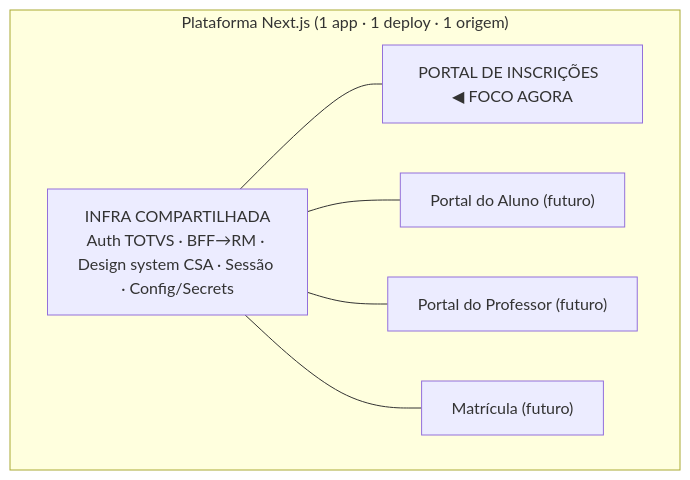
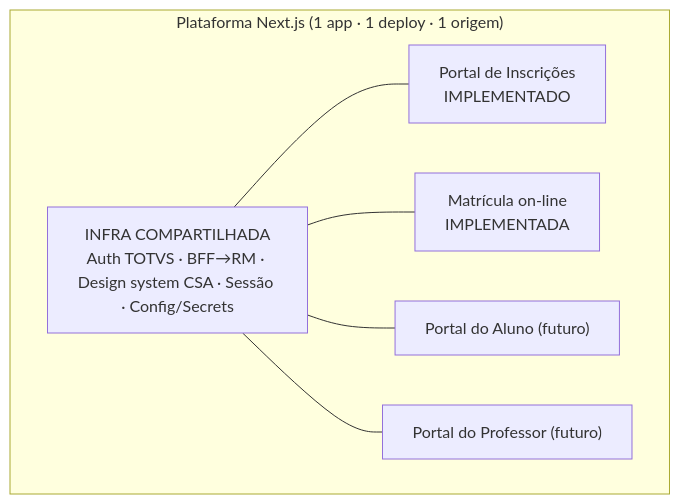
The first of 2 diagrams in docs/arquitetura_nextjs_rm.md (DI-CSA/admission-enrollment), drawn with Mermaid before and after one commit. The commit also changed other lines of this file and 25 other files, not shown here.

````diff
--- a/docs/arquitetura_nextjs_rm.md
+++ b/docs/arquitetura_nextjs_rm.md
@@ -26,14 +28,14 @@
 ```mermaid
 flowchart TD
     subgraph APP["Plataforma Next.js (1 app · 1 deploy · 1 origem)"]
       INFRA["INFRA COMPARTILHADA<br/>Auth TOTVS · BFF→RM · Design system CSA · Sessão · Config/Secrets"]
-      P1["PORTAL DE INSCRIÇÕES  ◀ FOCO AGORA"]
+      P1["Portal de Inscrições<br/>IMPLEMENTADO"]
+      P4["Matrícula on-line<br/>IMPLEMENTADA"]
       P2["Portal do Aluno (futuro)"]
       P3["Portal do Professor (futuro)"]
-      P4["Matrícula (futuro)"]
       INFRA --- P1
+      INFRA --- P4
       INFRA --- P2
       INFRA --- P3
-      INFRA --- P4
     end
 ```
````
